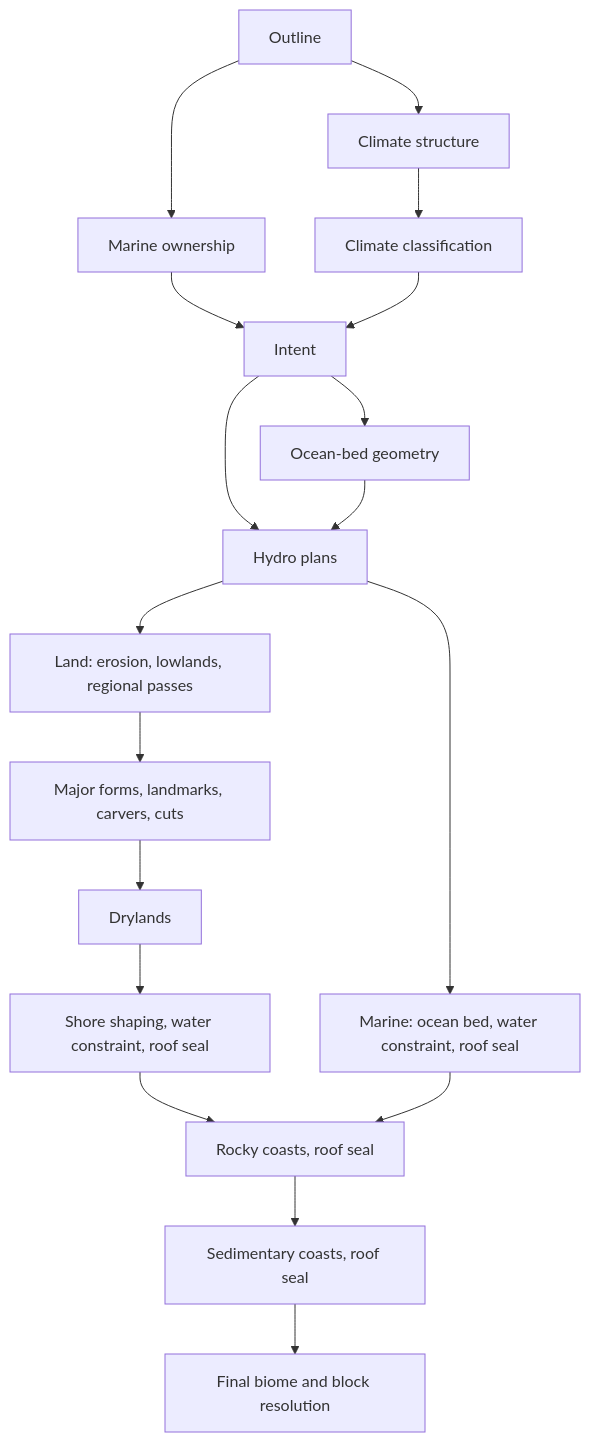
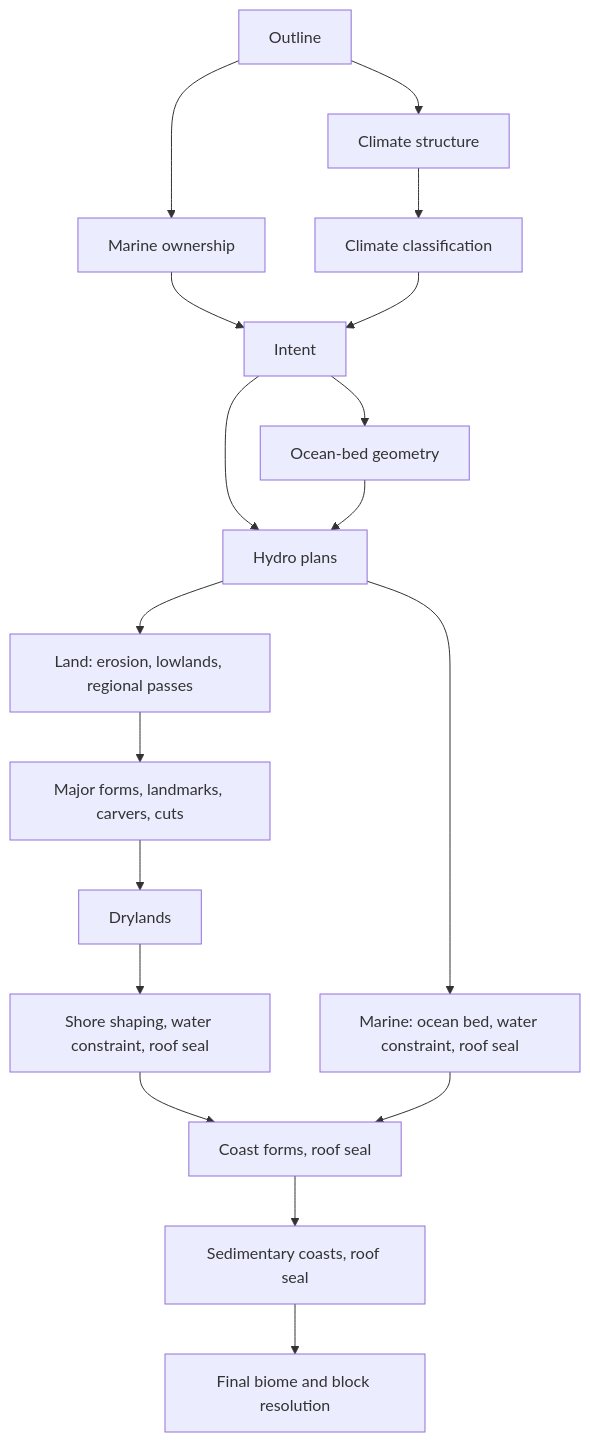
One commit to orthrus-research/Riven changed the second of 2 diagrams in docs/ARCHITECTURE.md. Above: the diagram before and after it, drawn with Mermaid. The commit also changed other lines of this file and 28 other files, not shown here.

````diff
--- a/docs/ARCHITECTURE.md
+++ b/docs/ARCHITECTURE.md
@@ -125,19 +128,19 @@
 ```mermaid
 flowchart TD
   O[Outline] --> M[Marine ownership]
   O --> CS[Climate structure] --> CF[Climate classification]
   M --> I[Intent]
   CF --> I
   I --> H[Hydro plans]
   I --> B[Ocean-bed geometry]
   B --> H
   H --> L[Land: erosion, lowlands, regional passes]
   H --> Q[Marine: ocean bed, water constraint, roof seal]
   L --> A[Major forms, landmarks, carvers, cuts]
   A --> D[Drylands]
   D --> W[Shore shaping, water constraint, roof seal]
-  W --> R[Rocky coasts, roof seal]
+  W --> R[Coast forms, roof seal]
   Q --> R
   R --> S[Sedimentary coasts, roof seal]
   S --> F[Final biome and block resolution]
 ```
````
